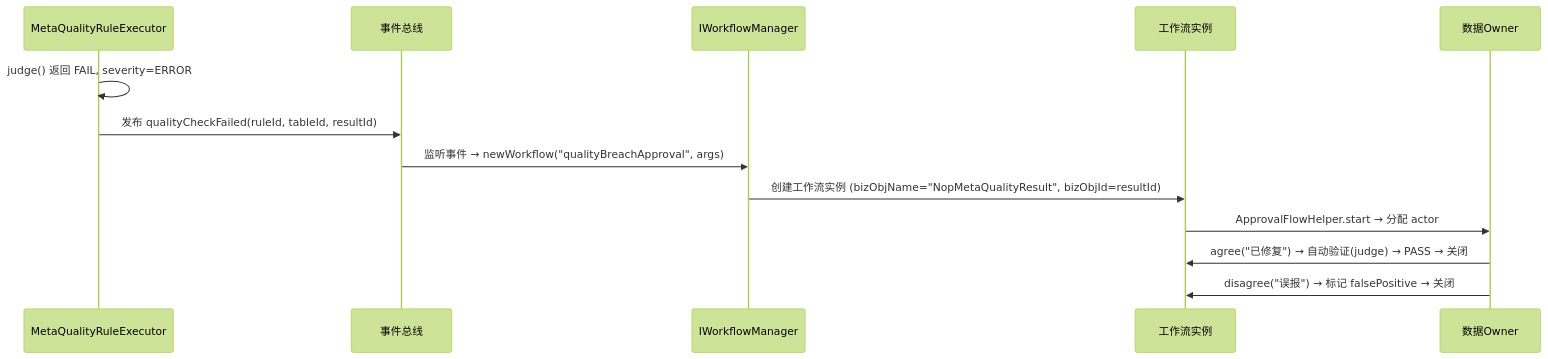
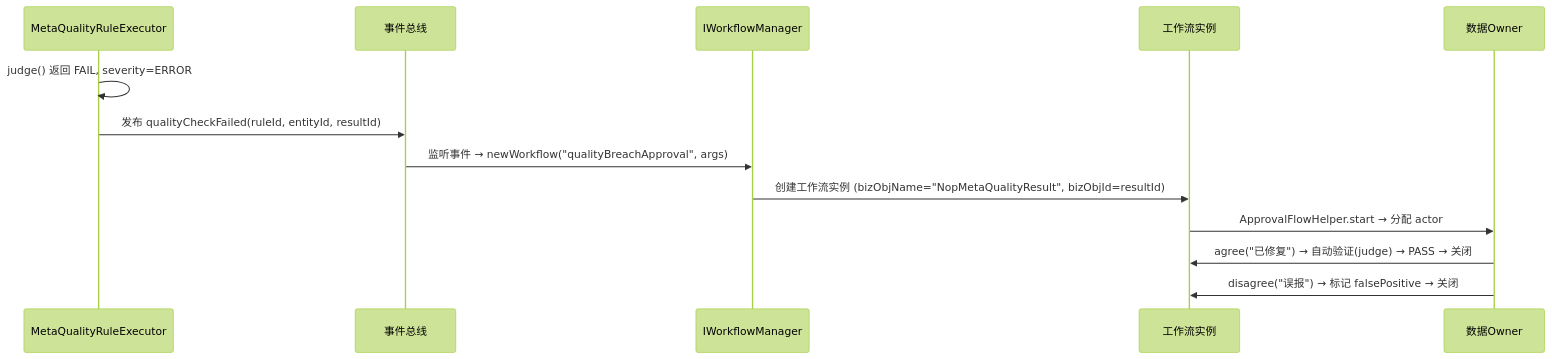
One commit to entropy-cloud/nop-entropy changed the second of 3 diagrams in ai-dev/design/nop-metadata/12-data-contract-and-governance-workflow.md. Above: the diagram before and after it, drawn with Mermaid (forest theme). The commit also changed 26 other files, not shown here.

````diff
--- a/ai-dev/design/nop-metadata/12-data-contract-and-governance-workflow.md
+++ b/ai-dev/design/nop-metadata/12-data-contract-and-governance-workflow.md
@@ -224,16 +224,16 @@
 ```mermaid
 sequenceDiagram
     participant Executor as MetaQualityRuleExecutor
     participant Event as 事件总线
     participant WF as IWorkflowManager
     participant WfInstance as 工作流实例
     participant Owner as 数据Owner
 
     Executor->>Executor: judge() 返回 FAIL, severity=ERROR
-    Executor->>Event: 发布 qualityCheckFailed(ruleId, tableId, resultId)
+    Executor->>Event: 发布 qualityCheckFailed(ruleId, entityId, resultId)
     Event->>WF: 监听事件 → newWorkflow("qualityBreachApproval", args)
     WF->>WfInstance: 创建工作流实例 (bizObjName="NopMetaQualityResult", bizObjId=resultId)
     WfInstance->>Owner: ApprovalFlowHelper.start → 分配 actor
     Owner->>WfInstance: agree("已修复") → 自动验证(judge) → PASS → 关闭
     Owner->>WfInstance: disagree("误报") → 标记 falsePositive → 关闭
 ```
````
